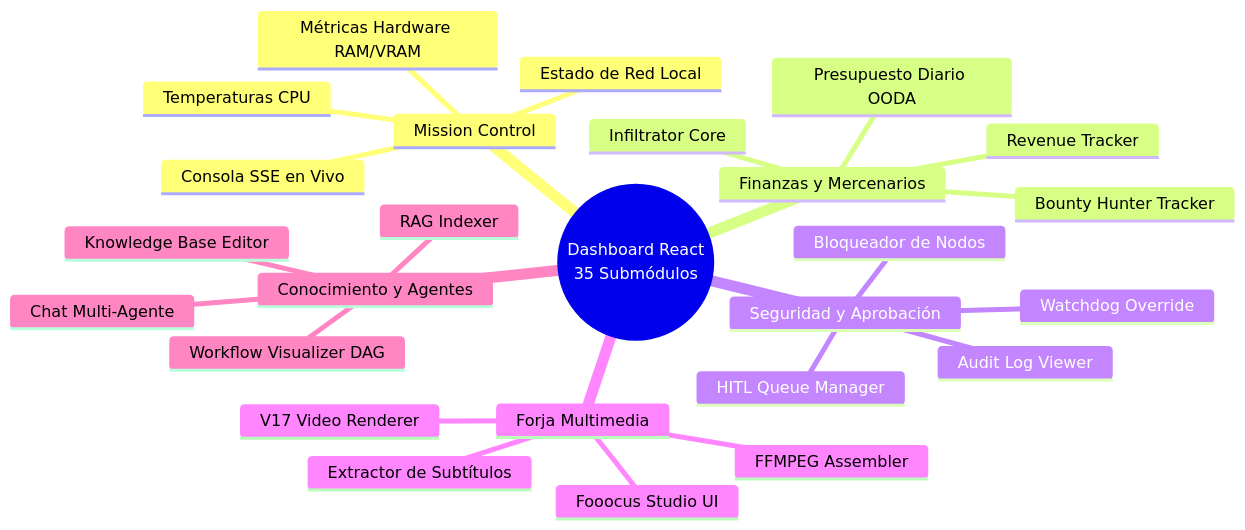
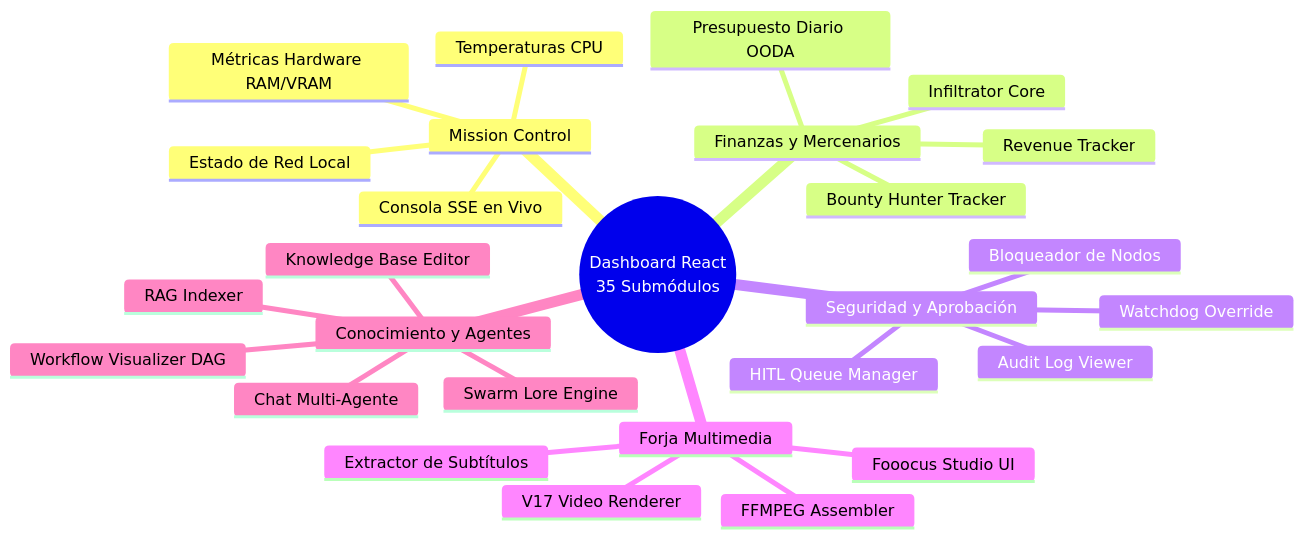
One commit to DarckRovert/Gravity_AI_bridge changed the second of 2 diagrams in README.md. Above: the diagram before and after it, drawn with Mermaid. The commit also changed other lines of this file and 2 other files, not shown here.

Commit message:
docs: agregados diagramas Mermaid (Radar, Swarm y AMF) a la documentacion V17

````diff
--- a/README.md
+++ b/README.md
@@ -80,30 +87,31 @@
 ```mermaid
 mindmap
   root((Dashboard React
   35 Submódulos))
     Mission Control
       Métricas Hardware RAM/VRAM
       Temperaturas CPU
       Consola SSE en Vivo
       Estado de Red Local
     Finanzas y Mercenarios
       Bounty Hunter Tracker
       Revenue Tracker
       Infiltrator Core
       Presupuesto Diario OODA
     Seguridad y Aprobación
       HITL Queue Manager
       Watchdog Override
       Bloqueador de Nodos
       Audit Log Viewer
     Forja Multimedia
       V17 Video Renderer
       Fooocus Studio UI
       FFMPEG Assembler
       Extractor de Subtítulos
     Conocimiento y Agentes
       Knowledge Base Editor
       Workflow Visualizer DAG
       Chat Multi-Agente
       RAG Indexer
+      Swarm Lore Engine
 ```
````
